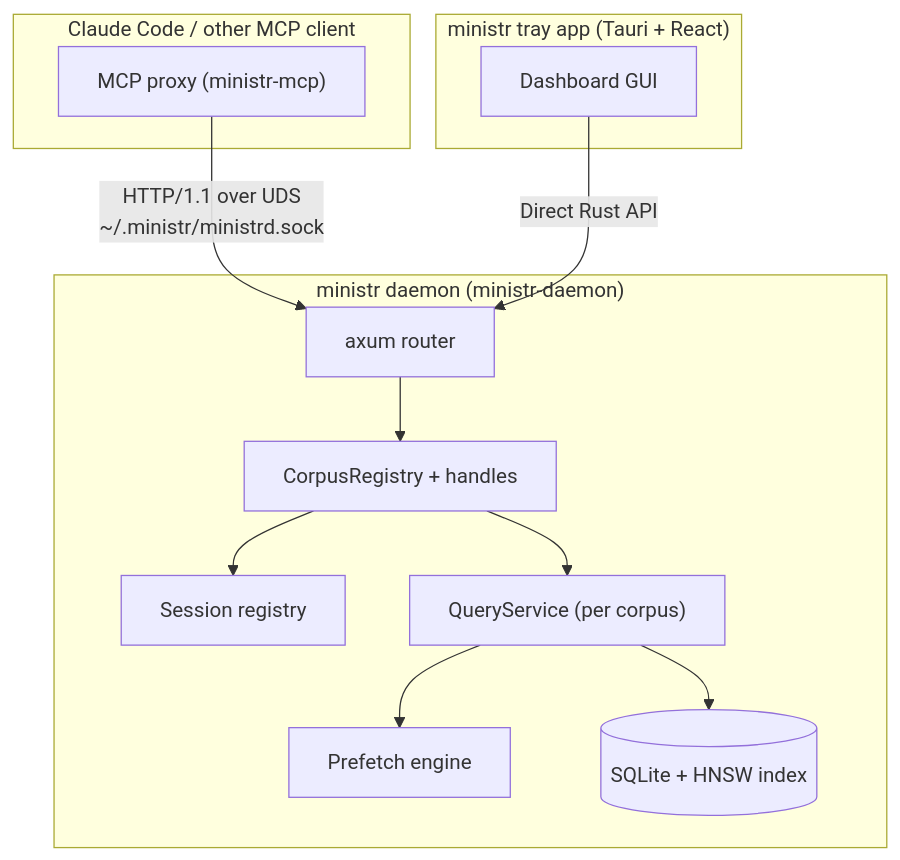
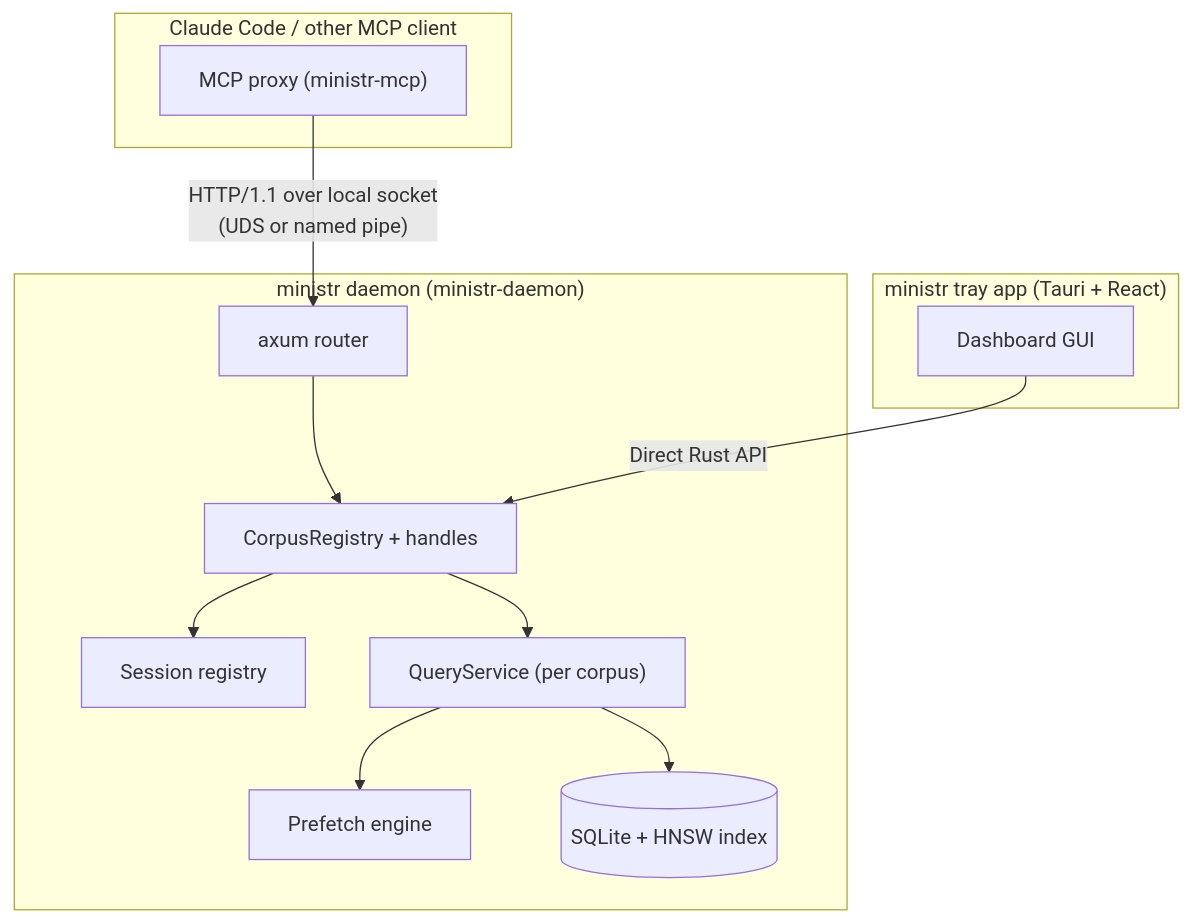
The diagram in docs-next/content/docs/architecture-daemon.mdx (OlsonSoftware/ministr), drawn with Mermaid before and after one commit. The commit also changed other lines of this file and 56 other files, not shown here.

````diff
--- a/docs-next/content/docs/architecture-daemon.mdx
+++ b/docs-next/content/docs/architecture-daemon.mdx
@@ -8,28 +8,28 @@
 ```mermaid
 flowchart TB
   subgraph client["Claude Code / other MCP client"]
     proxy["MCP proxy (ministr-mcp)"]
   end
 
   subgraph tray["ministr tray app (Tauri + React)"]
     dashboard["Dashboard GUI"]
   end
 
   subgraph daemon["ministr daemon (ministr-daemon)"]
     router["axum router"]
     registry["CorpusRegistry + handles"]
     sessions["Session registry"]
     query["QueryService (per corpus)"]
     prefetch["Prefetch engine"]
     storage[("SQLite + HNSW index")]
 
     router --> registry
     registry --> query
     registry --> sessions
     query --> storage
     query --> prefetch
   end
 
-  proxy -->|"HTTP/1.1 over UDS<br/>~/.ministr/ministrd.sock"| router
-  dashboard -->|"Direct Rust API"| router
+  proxy -->|"HTTP/1.1 over local socket<br/>(UDS or named pipe)"| router
+  dashboard -->|"Direct Rust API"| registry
 ```
````
